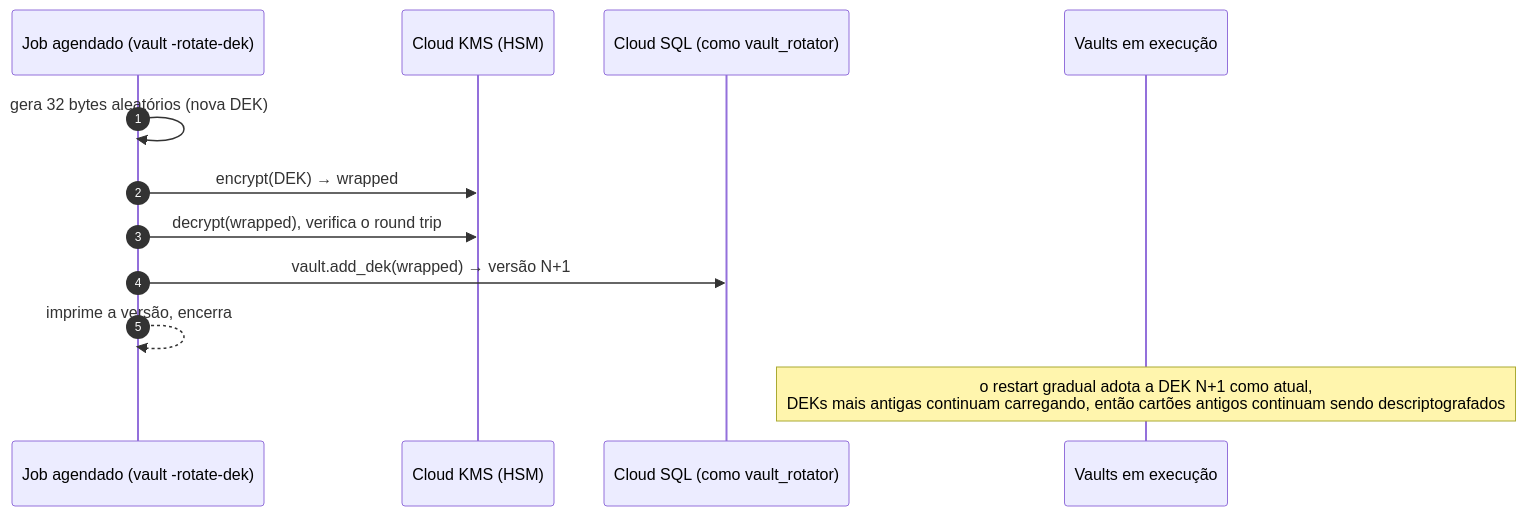
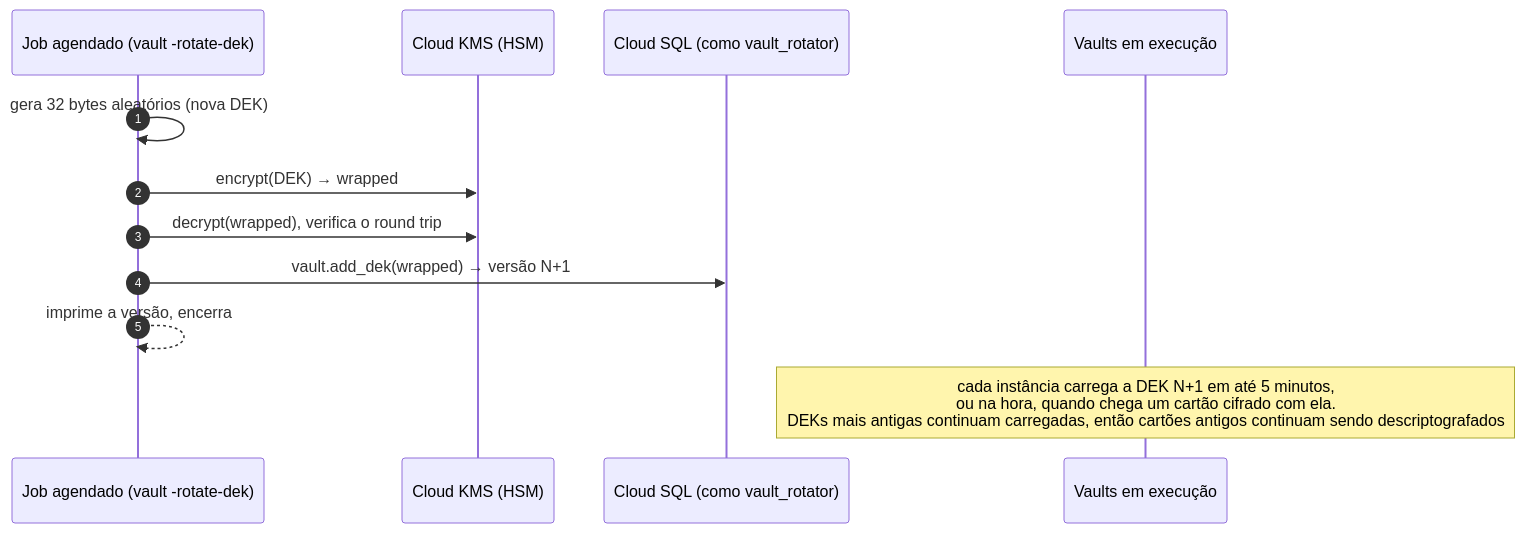
Before and after one commit to camcima/tokenizer: diagram 11 of 11 in README.pt-BR.md, drawn with Mermaid. The commit also changed other lines of this file and 12 other files, not shown here.

````diff
--- a/README.pt-BR.md
+++ b/README.pt-BR.md
@@ -636,15 +640,15 @@
 ```mermaid
 sequenceDiagram
     autonumber
     participant J as Job agendado (vault -rotate-dek)
     participant KMS as Cloud KMS (HSM)
     participant DB as Cloud SQL (como vault_rotator)
     participant V as Vaults em execução
 
     J->>J: gera 32 bytes aleatórios (nova DEK)
     J->>KMS: encrypt(DEK) → wrapped
     J->>KMS: decrypt(wrapped), verifica o round trip
     J->>DB: vault.add_dek(wrapped) → versão N+1
     J-->>J: imprime a versão, encerra
-    Note over V: o restart gradual adota a DEK N+1 como atual,<br/>DEKs mais antigas continuam carregando, então cartões antigos continuam sendo descriptografados
+    Note over V: cada instância carrega a DEK N+1 em até 5 minutos,<br/>ou na hora, quando chega um cartão cifrado com ela.<br/>DEKs mais antigas continuam carregadas, então cartões antigos continuam sendo descriptografados
 ```
````
